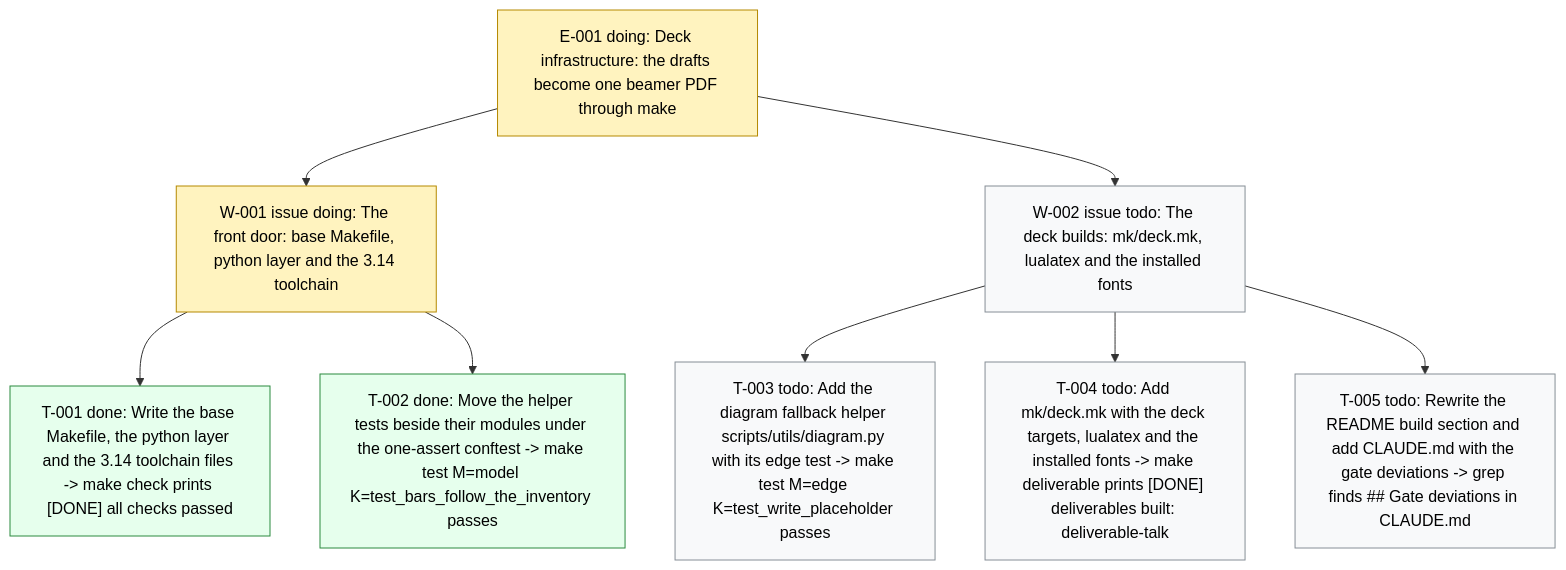
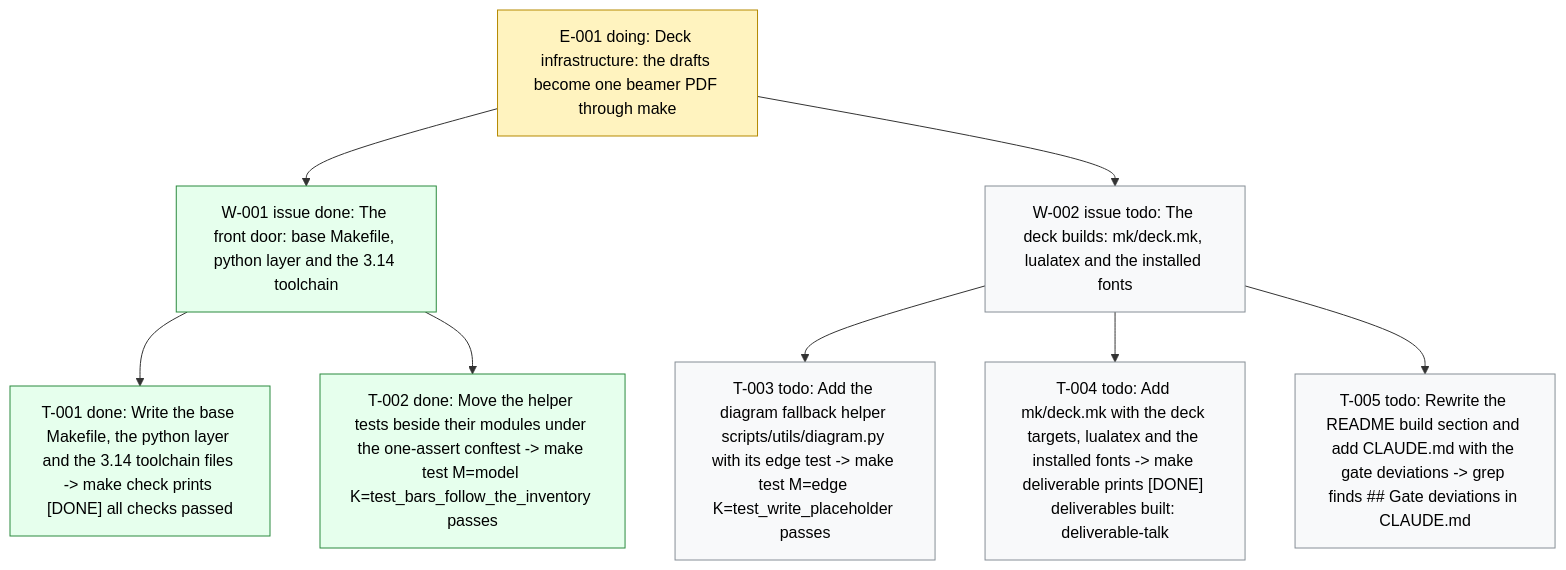
The diagram in .board/BOARD.md (dpopchev/chaos-to-simple), drawn with Mermaid before and after one commit. The commit also changed other lines of this file and 1 other file, not shown here.

Commit message:
chore(board): close W-001 -- landed
Refs: W-001

````diff
--- a/.board/BOARD.md
+++ b/.board/BOARD.md
@@ -14,19 +14,19 @@
 ```mermaid
 flowchart TD
   E001["E-001 doing: Deck infrastructure: the drafts become one beamer PDF through make"]
-  E001 --> W001["W-001 issue doing: The front door: base Makefile, python layer and the 3.14 toolchain"]
+  E001 --> W001["W-001 issue done: The front door: base Makefile, python layer and the 3.14 toolchain"]
   W001 --> T001["T-001 done: Write the base Makefile, the python layer and the 3.14 toolchain files -> make check prints [DONE] all checks passed"]
   W001 --> T002["T-002 done: Move the helper tests beside their modules under the one-assert conftest -> make test M=model K=test_bars_follow_the_inventory passes"]
   E001 --> W002["W-002 issue todo: The deck builds: mk/deck.mk, lualatex and the installed fonts"]
   W002 --> T003["T-003 todo: Add the diagram fallback helper scripts/utils/diagram.py with its edge test -> make test M=edge K=test_write_placeholder passes"]
   W002 --> T004["T-004 todo: Add mk/deck.mk with the deck targets, lualatex and the installed fonts -> make deliverable prints [DONE] deliverables built: deliverable-talk"]
   W002 --> T005["T-005 todo: Rewrite the README build section and add CLAUDE.md with the gate deviations -> grep finds ## Gate deviations in CLAUDE.md"]
   classDef doing fill:#fff3bf,stroke:#b58900,color:#000;
   classDef blocked fill:#ffe3e3,stroke:#c92a2a,color:#000;
   classDef done fill:#e6ffed,stroke:#2b8a3e,color:#000;
   classDef todo fill:#f8f9fa,stroke:#868e96,color:#000;
   classDef pruned fill:#f1f3f5,stroke:#adb5bd,color:#000;
-  class E001,W001 doing
-  class T001,T002 done
+  class E001 doing
+  class W001,T001,T002 done
   class W002,T003,T004,T005 todo
 ```
````
